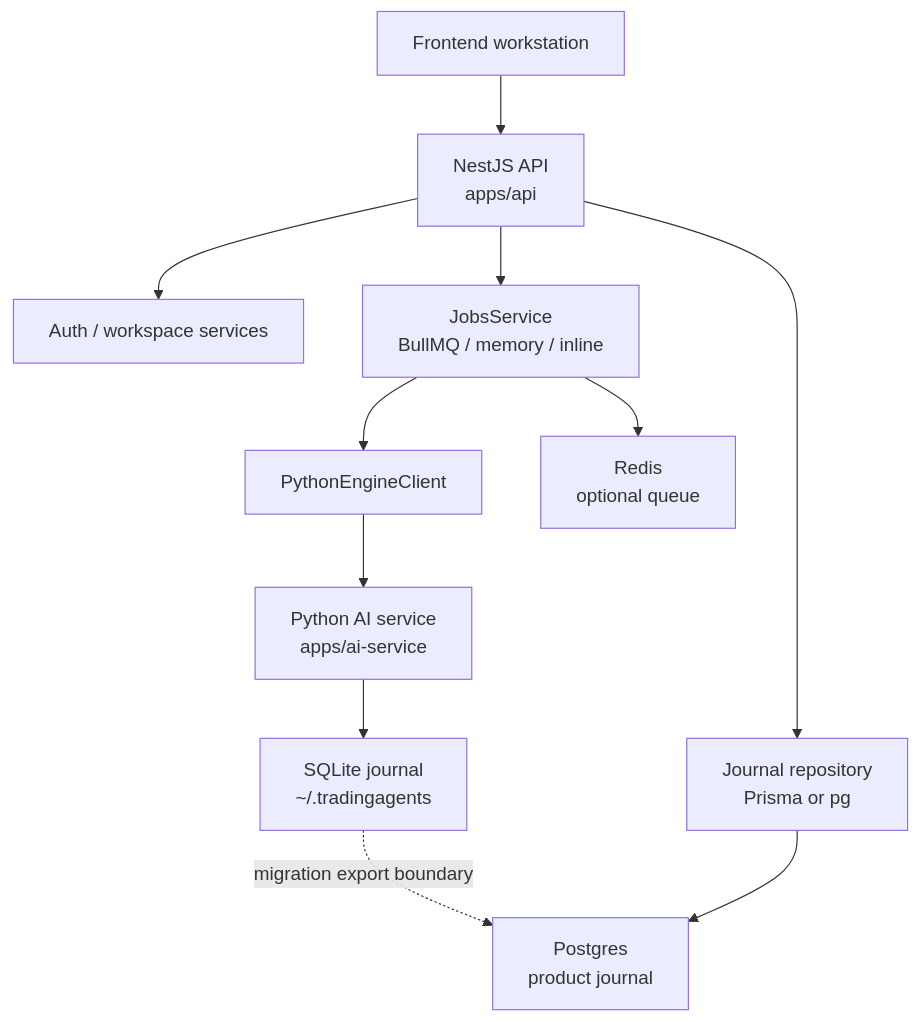
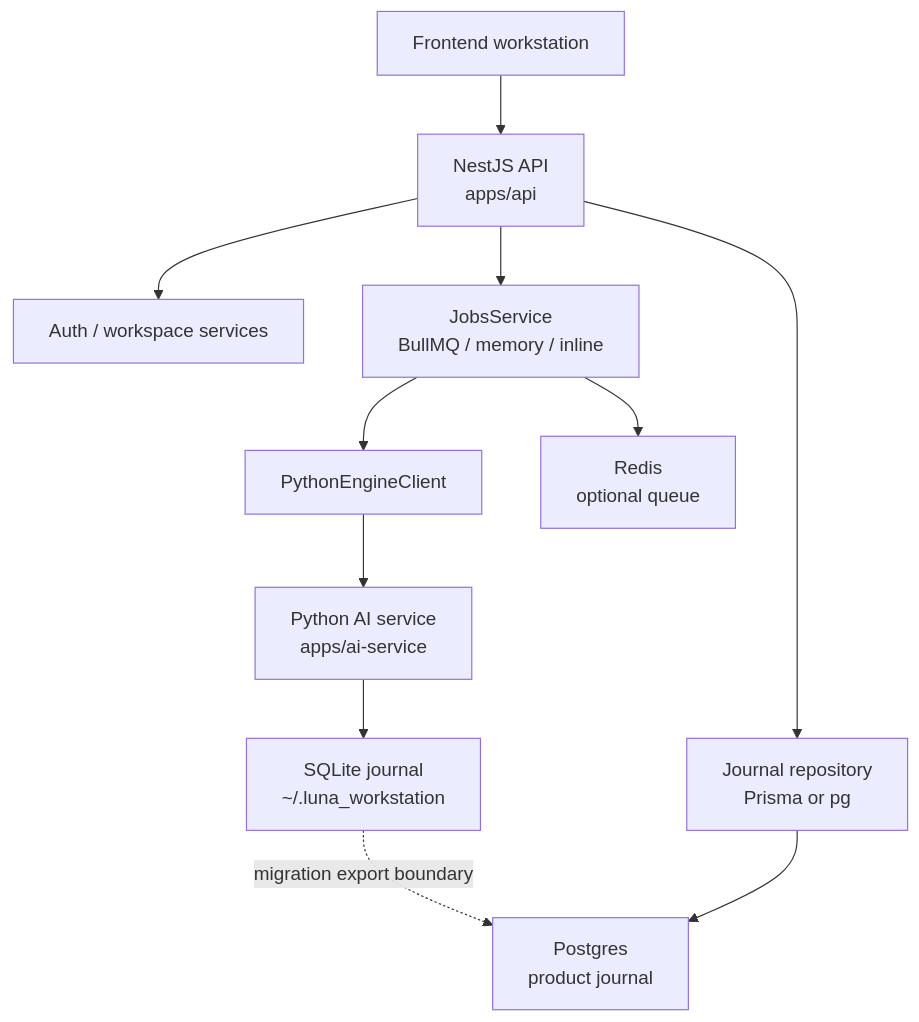
The first of 2 diagrams in docs/backend-system-design.md (Lunamoon-dot/AI-Crypto-Research-Workstation), drawn with Mermaid before and after one commit. The commit also changed 415 other files, not shown here.

````diff
--- a/docs/backend-system-design.md
+++ b/docs/backend-system-design.md
@@ -38,24 +38,24 @@
 ```mermaid
 flowchart TD
   FE["Frontend workstation"]
   API["NestJS API<br/>apps/api"]
   Auth["Auth / workspace services"]
   Jobs["JobsService<br/>BullMQ / memory / inline"]
   PyClient["PythonEngineClient"]
   AI["Python AI service<br/>apps/ai-service"]
-  SQLite["SQLite journal<br/>~/.tradingagents"]
+  SQLite["SQLite journal<br/>~/.luna_workstation"]
   Repo["Journal repository<br/>Prisma or pg"]
   DB["Postgres<br/>product journal"]
   Redis["Redis<br/>optional queue"]
 
   FE --> API
   API --> Auth
   API --> Repo
   API --> Jobs
   Jobs --> Redis
   Jobs --> PyClient
   PyClient --> AI
   AI --> SQLite
   SQLite -. migration export boundary .-> DB
   Repo --> DB
 ```
````
